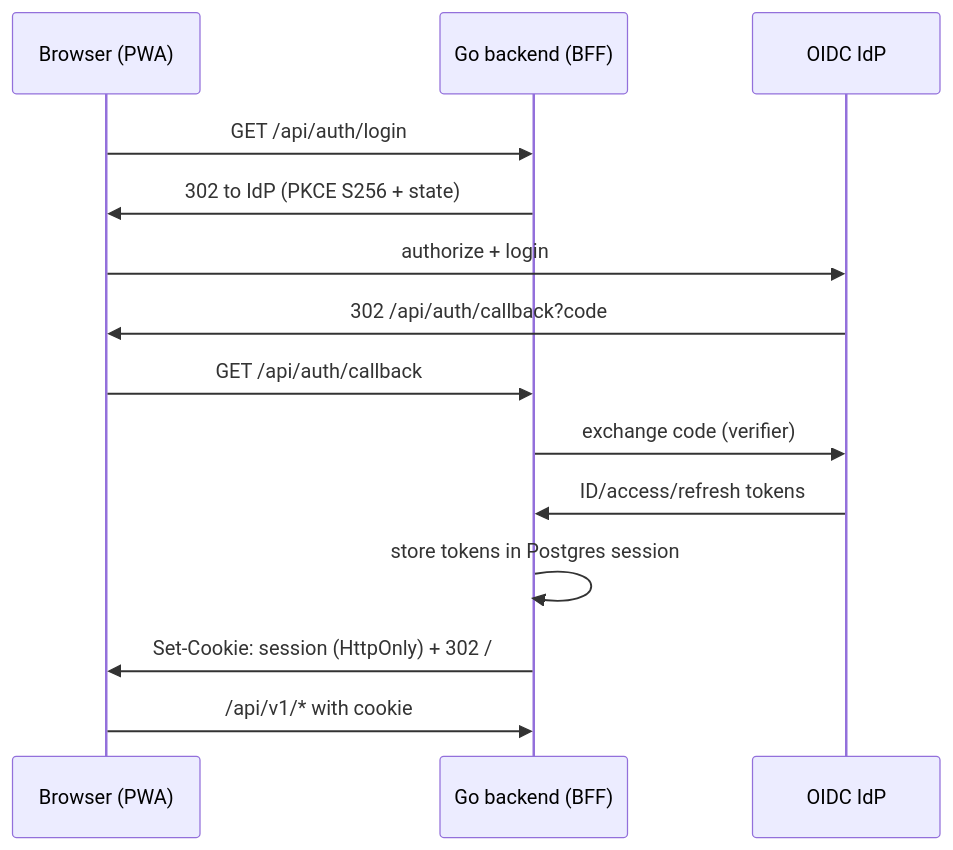
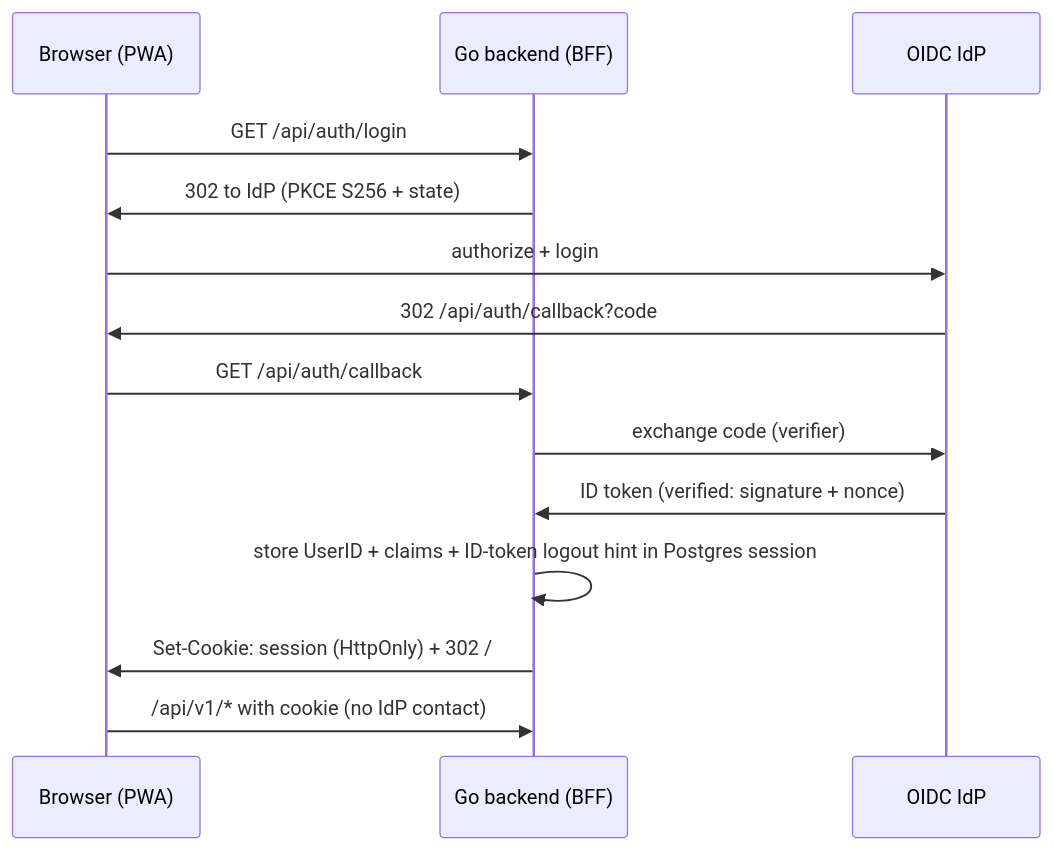
One commit to m4schini/splitkauf changed the fourth of 4 diagrams in docs/architecture.md. Above: the diagram before and after it, drawn with Mermaid. The commit also changed other lines of this file and 5 other files, not shown here.

````diff
--- a/docs/architecture.md
+++ b/docs/architecture.md
@@ -293,17 +293,17 @@
 ```mermaid
 sequenceDiagram
     participant B as Browser (PWA)
     participant S as Go backend (BFF)
     participant I as OIDC IdP
 
     B->>S: GET /api/auth/login
     S->>B: 302 to IdP (PKCE S256 + state)
     B->>I: authorize + login
     I->>B: 302 /api/auth/callback?code
     B->>S: GET /api/auth/callback
     S->>I: exchange code (verifier)
-    I->>S: ID/access/refresh tokens
-    S->>S: store tokens in Postgres session
+    I->>S: ID token (verified: signature + nonce)
+    S->>S: store UserID + claims + ID-token logout hint in Postgres session
     S->>B: Set-Cookie: session (HttpOnly) + 302 /
-    B->>S: /api/v1/* with cookie
+    B->>S: /api/v1/* with cookie (no IdP contact)
 ```
````
